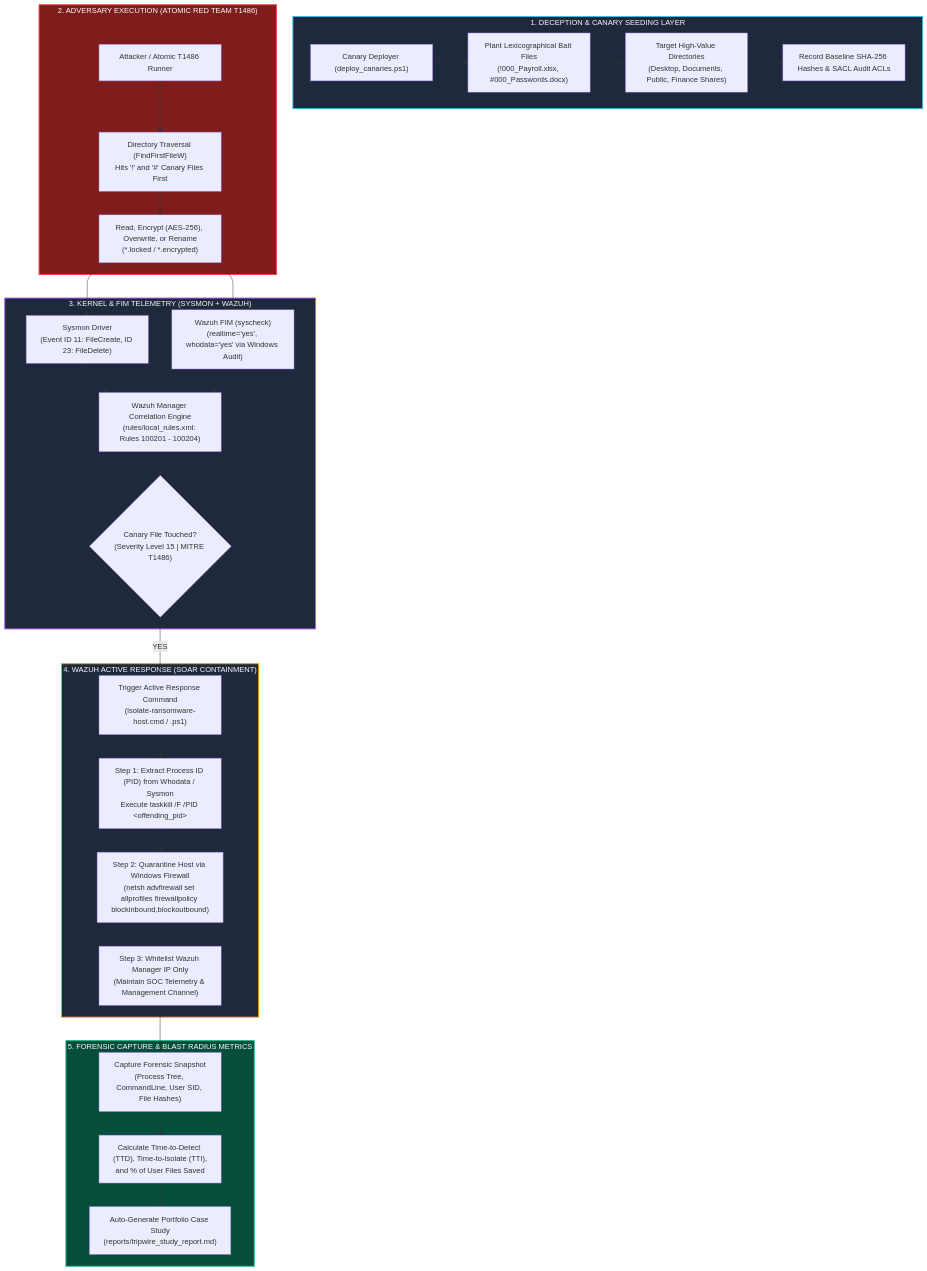
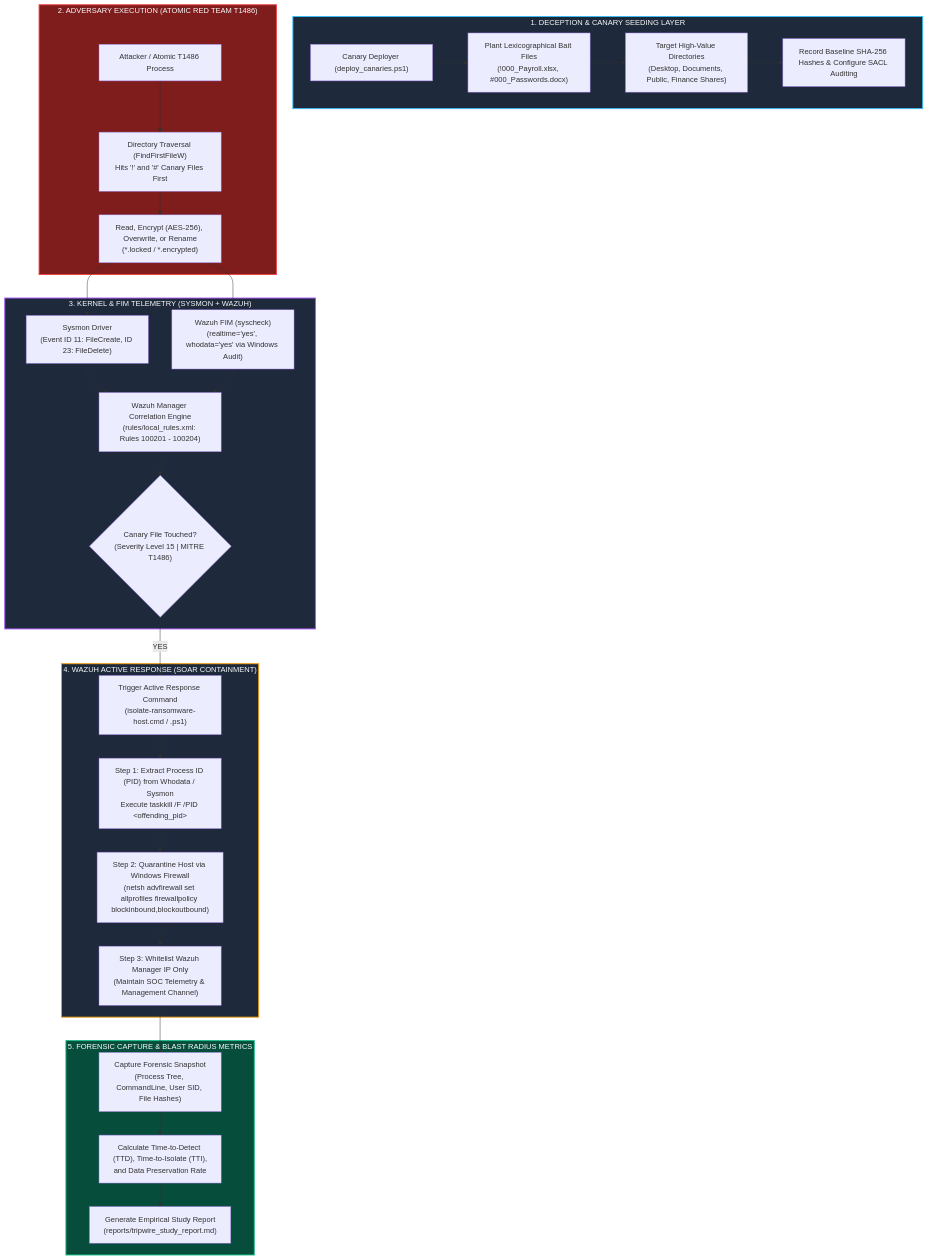
Before and after one commit to aryarakshit/Ransomware-Tripwire-Host-Isolation: the diagram in README.md, drawn with Mermaid. The commit also changed other lines of this file and 3 other files, not shown here.

````diff
--- a/README.md
+++ b/README.md
@@ -26,46 +43,46 @@
 ```mermaid
 flowchart TD
     %% Stage 1: Deception Seeding
     subgraph SEEDING["1. DECEPTION & CANARY SEEDING LAYER"]
         A["Canary Deployer (deploy_canaries.ps1)"] --> B["Plant Lexicographical Bait Files<br/>(!000_Payroll.xlsx, #000_Passwords.docx)"]
         B --> C["Target High-Value Directories<br/>(Desktop, Documents, Public, Finance Shares)"]
-        C --> D["Record Baseline SHA-256 Hashes & SACL Audit ACLs"]
+        C --> D["Record Baseline SHA-256 Hashes & Configure SACL Auditing"]
     end
 
     %% Stage 2: Adversary Execution
     subgraph ATTACK["2. ADVERSARY EXECUTION (ATOMIC RED TEAM T1486)"]
-        E["Attacker / Atomic T1486 Runner"] --> F["Directory Traversal (FindFirstFileW)<br/>Hits '!' and '#' Canary Files First"]
+        E["Attacker / Atomic T1486 Process"] --> F["Directory Traversal (FindFirstFileW)<br/>Hits '!' and '#' Canary Files First"]
         F --> G["Read, Encrypt (AES-256), Overwrite, or Rename<br/>(*.locked / *.encrypted)"]
     end
 
     %% Stage 3: Telemetry & Detection
     subgraph DETECTION["3. KERNEL & FIM TELEMETRY (SYSMON + WAZUH)"]
         G --> H["Sysmon Driver<br/>(Event ID 11: FileCreate, ID 23: FileDelete)"]
         G --> I["Wazuh FIM (syscheck)<br/>(realtime='yes', whodata='yes' via Windows Audit)"]
         H --> J["Wazuh Manager Correlation Engine<br/>(rules/local_rules.xml: Rules 100201 - 100204)"]
         I --> J
         J --> K{"Canary File Touched?<br/>(Severity Level 15 | MITRE T1486)"}
     end
 
     %% Stage 4: Automated Active Response
     subgraph RESPONSE["4. WAZUH ACTIVE RESPONSE (SOAR CONTAINMENT)"]
         K -- YES --> L["Trigger Active Response Command<br/>(isolate-ransomware-host.cmd / .ps1)"]
         L --> M["Step 1: Extract Process ID (PID) from Whodata / Sysmon<br/>Execute taskkill /F /PID &lt;offending_pid&gt;"]
         M --> N["Step 2: Quarantine Host via Windows Firewall<br/>(netsh advfirewall set allprofiles firewallpolicy blockinbound,blockoutbound)"]
         N --> O["Step 3: Whitelist Wazuh Manager IP Only<br/>(Maintain SOC Telemetry & Management Channel)"]
     end
 
     %% Stage 5: Metrics & Forensics
     subgraph REPORTING["5. FORENSIC CAPTURE & BLAST RADIUS METRICS"]
         O --> P["Capture Forensic Snapshot<br/>(Process Tree, CommandLine, User SID, File Hashes)"]
-        P --> Q["Calculate Time-to-Detect (TTD), Time-to-Isolate (TTI),<br/>and % of User Files Saved"]
-        Q --> R["Auto-Generate Portfolio Case Study<br/>(reports/tripwire_study_report.md)"]
+        P --> Q["Calculate Time-to-Detect (TTD), Time-to-Isolate (TTI),<br/>and Data Preservation Rate"]
+        Q --> R["Generate Empirical Study Report<br/>(reports/tripwire_study_report.md)"]
     end
 
     %% Styling
     style SEEDING fill:#1e293b,stroke:#38bdf8,stroke-width:2px,color:#f8fafc
     style ATTACK fill:#7f1d1d,stroke:#ef4444,stroke-width:2px,color:#f8fafc
     style DETECTION fill:#1e293b,stroke:#a855f7,stroke-width:2px,color:#f8fafc
     style RESPONSE fill:#1e293b,stroke:#f59e0b,stroke-width:2px,color:#f8fafc
     style REPORTING fill:#064e3b,stroke:#10b981,stroke-width:2px,color:#f8fafc
 ```
````
